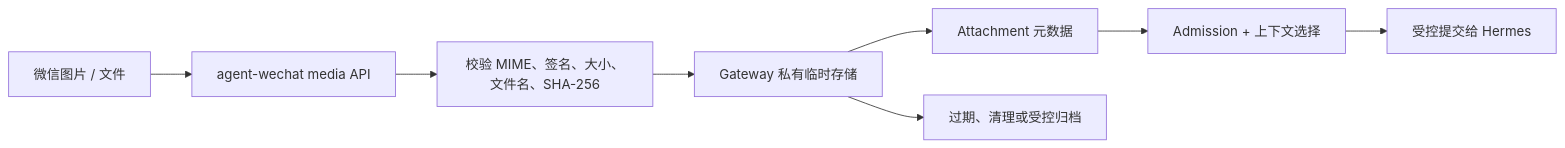
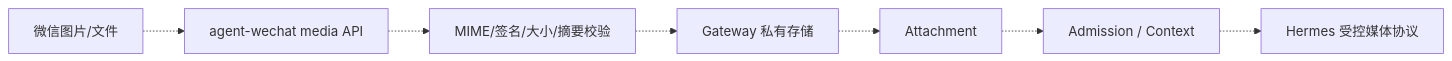
Before and after one commit to Tangbohu09527/CF_ecommerce-automation-docs: the second of 3 diagrams in 02_系统设计.md, drawn with Mermaid. The commit also changed other lines of this file and 17 other files, not shown here.

Commit message:
docs: align current architecture and component status

````diff
--- a/02_系统设计.md
+++ b/02_系统设计.md
@@ -250,10 +178,9 @@
 ```mermaid
 flowchart LR
-    WM["微信图片 / 文件"] --> API["agent-wechat media API"]
-    API --> V["校验 MIME、签名、大小、文件名、SHA-256"]
-    V --> PS["Gateway 私有临时存储"]
-    PS --> AM["Attachment 元数据"]
-    AM --> AC["Admission + 上下文选择"]
-    AC --> HI["受控提交给 Hermes"]
-    PS --> LC["过期、清理或受控归档"]
+    WX["微信图片/文件"] -.-> API["agent-wechat media API"]
+    API -.-> V["MIME/签名/大小/摘要校验"]
+    V -.-> PS["Gateway 私有存储"]
+    PS -.-> ATT["Attachment"]
+    ATT -.-> AD["Admission / Context"]
+    AD -.-> H["Hermes 受控媒体协议"]
 ```
````
